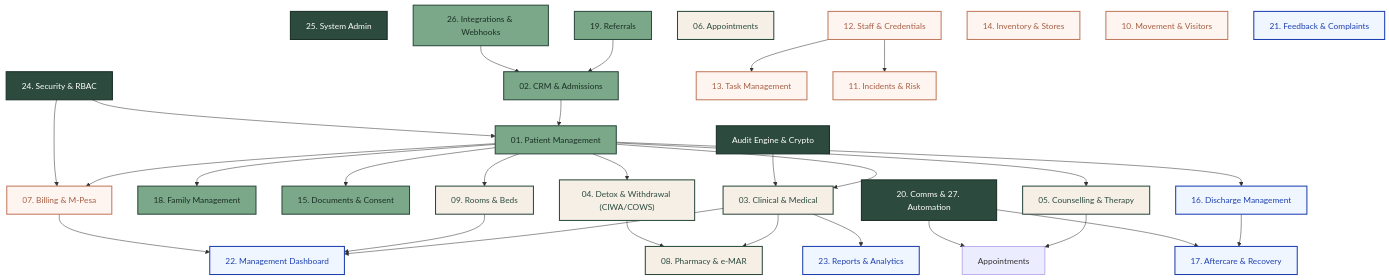
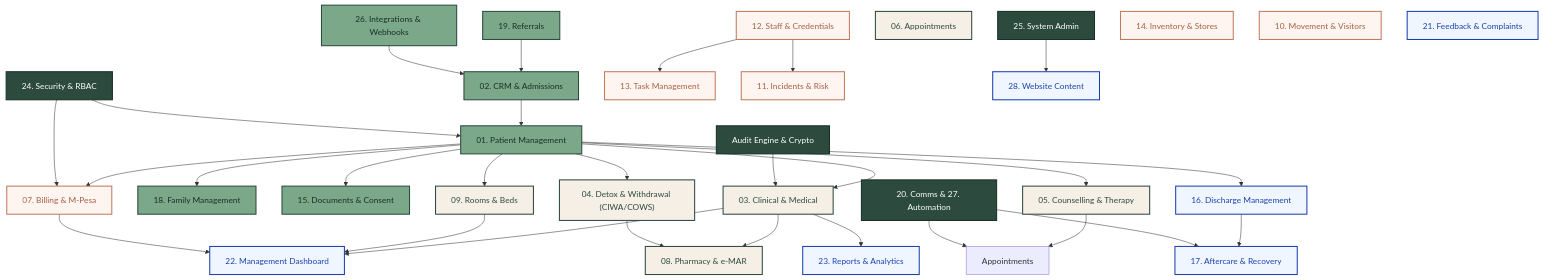
The second of 3 diagrams in docs/architecture.md (keemx1/Calyvia-Wellness-Center), drawn with Mermaid before and after one commit. The commit also changed other lines of this file and 19 other files, not shown here.

Commit message:
Add owner-controlled website CMS with Netlify auto-publish

````diff
--- a/docs/architecture.md
+++ b/docs/architecture.md
@@ -186,72 +186,74 @@
 ```mermaid
 graph TD
     classDef foundation fill:#2C4A3E,stroke:#1A2F26,stroke-width:2px,color:#fff;
     classDef intake fill:#7BA888,stroke:#2C4A3E,stroke-width:2px,color:#1A2F26;
     classDef clinical fill:#F5EFE6,stroke:#2C4A3E,stroke-width:2px,color:#2C4A3E;
     classDef operations fill:#FFF5F0,stroke:#C17B5F,stroke-width:2px,color:#A65E43;
     classDef outputs fill:#EFF6FF,stroke:#1E40AF,stroke-width:2px,color:#1E40AF;
 
     Security["24. Security & RBAC"]:::foundation
     Audit["Audit Engine & Crypto"]:::foundation
     Comms["20. Comms & 27. Automation"]:::foundation
     SysAdmin["25. System Admin"]:::foundation
 
     CRM["02. CRM & Admissions"]:::intake
     Referral["19. Referrals"]:::intake
     Integrations["26. Integrations & Webhooks"]:::intake
     Patients["01. Patient Management"]:::intake
     Family["18. Family Management"]:::intake
     Docs["15. Documents & Consent"]:::intake
 
     Clinical["03. Clinical & Medical"]:::clinical
     Detox["04. Detox & Withdrawal (CIWA/COWS)"]:::clinical
     Therapy["05. Counselling & Therapy"]:::clinical
     Appts["06. Appointments"]:::clinical
     Rooms["09. Rooms & Beds"]:::clinical
     Pharmacy["08. Pharmacy & e-MAR"]:::clinical
 
     Billing["07. Billing & M-Pesa"]:::operations
     Staff["12. Staff & Credentials"]:::operations
     Tasks["13. Task Management"]:::operations
     Inventory["14. Inventory & Stores"]:::operations
     Movement["10. Movement & Visitors"]:::operations
     Incidents["11. Incidents & Risk"]:::operations
 
     Discharge["16. Discharge Management"]:::outputs
     Aftercare["17. Aftercare & Recovery"]:::outputs
     Feedback["21. Feedback & Complaints"]:::outputs
     Dashboard["22. Management Dashboard"]:::outputs
     Reports["23. Reports & Analytics"]:::outputs
+    Cms["28. Website Content"]:::outputs
 
     Security --> Patients
     Security --> Billing
     Audit --> Clinical
     Comms --> Appointments
     Comms --> Aftercare
 
     Integrations --> CRM
     Referral --> CRM
     CRM --> Patients
     Patients --> Family
     Patients --> Docs
     Patients --> Rooms
     Patients --> Clinical
     Patients --> Detox
     Patients --> Therapy
     Patients --> Billing
     
     Detox --> Pharmacy
     Clinical --> Pharmacy
     Therapy --> Appointments
     
     Patients --> Discharge
     Discharge --> Aftercare
     
     Staff --> Tasks
     Staff --> Incidents
     
     Billing --> Dashboard
     Rooms --> Dashboard
     Clinical --> Dashboard
     Clinical --> Reports
+    SysAdmin --> Cms
 ```
````
